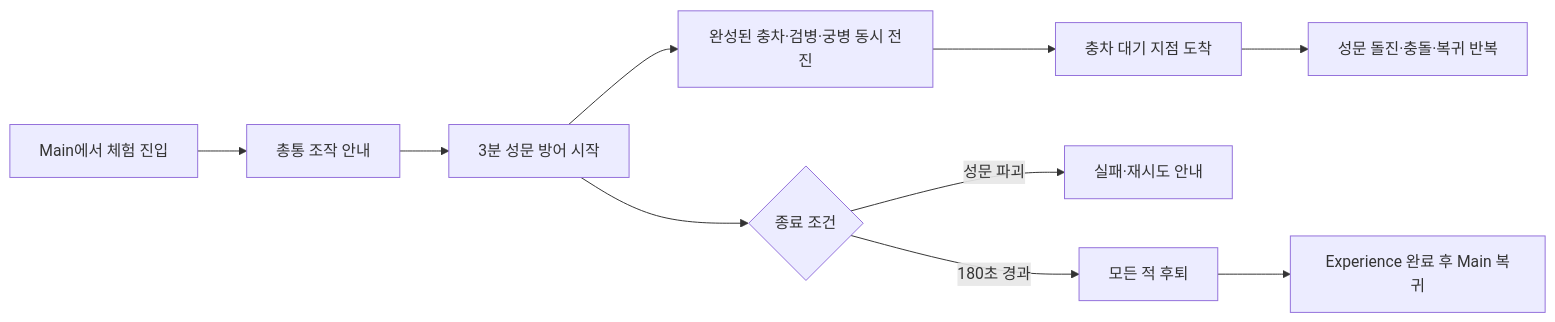
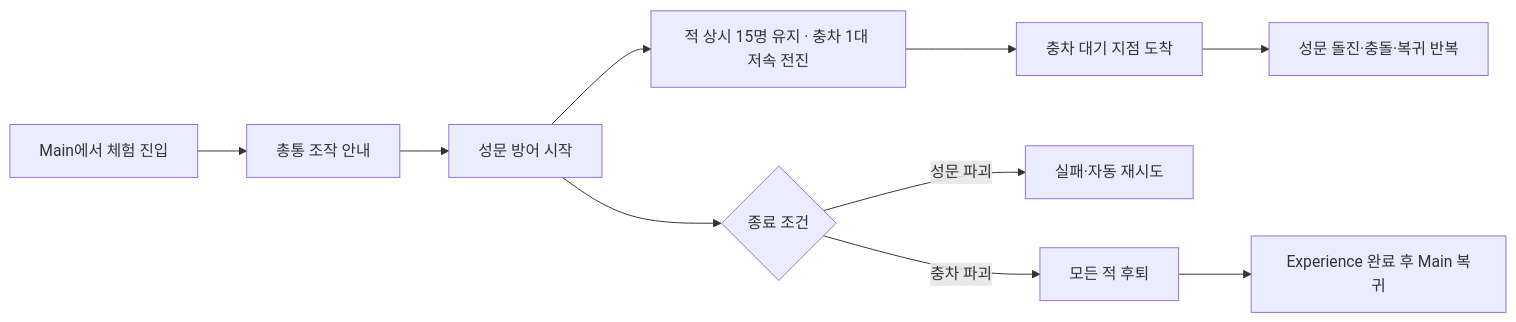
The second of 2 diagrams in docs/OngseongCrossbow/ARCHITECTURE.md (jihoon-c/SuwonSiegeContestVR), drawn with Mermaid before and after one commit. The commit also changed other lines of this file and 36 other files, not shown here.

````diff
--- a/docs/OngseongCrossbow/ARCHITECTURE.md
+++ b/docs/OngseongCrossbow/ARCHITECTURE.md
@@ -108,12 +109,12 @@
 ```mermaid
 flowchart LR
     ENTER[Main에서 체험 진입] --> INTRO[총통 조작 안내]
-    INTRO --> DEFEND[3분 성문 방어 시작]
-    DEFEND --> ASSAULT[완성된 충차·검병·궁병 동시 전진]
+    INTRO --> DEFEND[성문 방어 시작]
+    DEFEND --> ASSAULT[적 상시 15명 유지 · 충차 1대 저속 전진]
     ASSAULT --> RAM[충차 대기 지점 도착]
     RAM --> CHARGE[성문 돌진·충돌·복귀 반복]
     DEFEND --> CHECK{종료 조건}
-    CHECK -->|성문 파괴| FAIL[실패·재시도 안내]
-    CHECK -->|180초 경과| RETREAT[모든 적 후퇴]
+    CHECK -->|성문 파괴| FAIL[실패·자동 재시도]
+    CHECK -->|충차 파괴| RETREAT[모든 적 후퇴]
     RETREAT --> COMPLETE[Experience 완료 후 Main 복귀]
 ```
````
